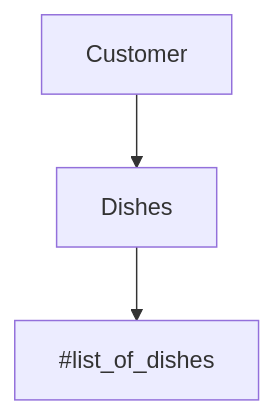
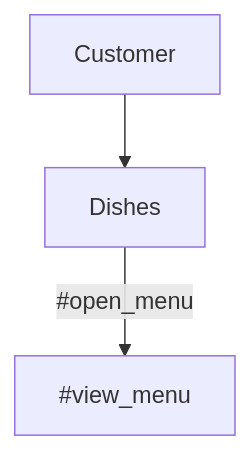
The first of 4 diagrams in README.md (makersacademy/takeaway-challenge), drawn with Mermaid before and after one commit. The commit also changed other lines of this file and 4 other files, not shown here.

````diff
--- a/README.md
+++ b/README.md
@@ -59,5 +59,5 @@
 ```mermaid
 graph TD
     A[Customer] -->B[Dishes]
-    B[Dishes] --> C[#list_of_dishes]
+    B[Dishes] --> |#open_menu|C[#view_menu]
 ```
````
